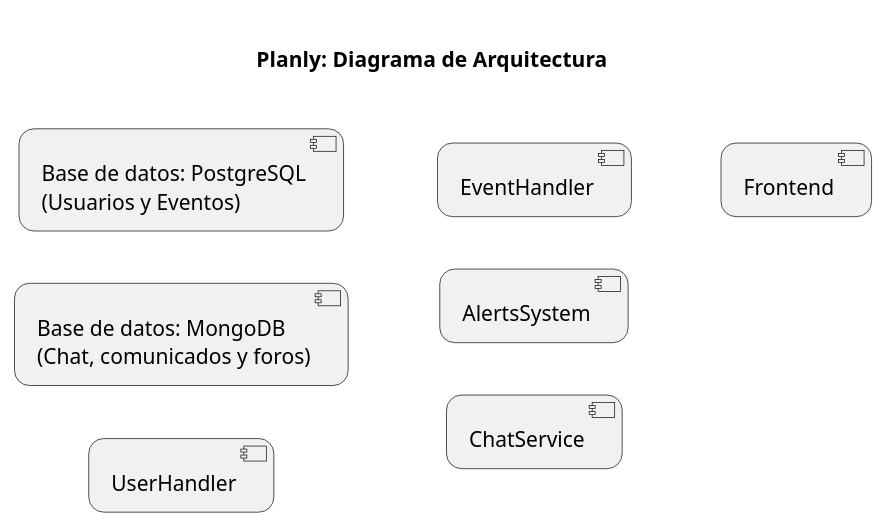
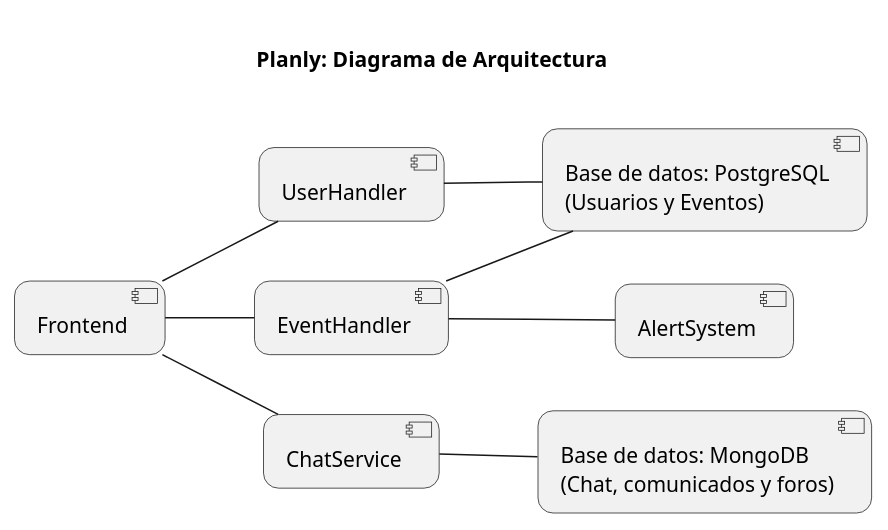
One commit to MrDahaniel/Planly changed the diagram in Planning and Design/ArchitecturalDiagram.plantuml. Above: the diagram before and after it, drawn with PlantUML.

Commit message:
Updated proposed architecture

```diff
--- a/Planning and Design/ArchitecturalDiagram.plantuml
+++ b/Planning and Design/ArchitecturalDiagram.plantuml
@@ -1,25 +1,35 @@
 @startuml ArchitecturalDiagram
 
     title \n Planly: Diagrama de Arquitectura \n
 
     left to right direction
     skinparam monochrome true
     skinparam roundcorner 20
 
     ' Services definition
 
         ' Database Services
         [Base de datos: PostgreSQL\n(Usuarios y Eventos)] as P_SQL_DB
         [Base de datos: MongoDB\n(Chat, comunicados y foros)] as MONGO_DB
 
         ' Business and logic services
         [UserHandler] as UHMicro
         [EventHandler] as EHMicro
-        [AlertsSystem] as ALSys
+        [AlertSystem] as ALSys
         [ChatService] as ChatServ
         [Frontend] as Front
 
         
+        Front -- UHMicro
+        Front -- EHMicro
+        Front -- ChatServ
+
+        EHMicro -- P_SQL_DB
+        UHMicro -- P_SQL_DB
+
+        ChatServ -- MONGO_DB
+
+        EHMicro -- ALSys
 
 
 @enduml
```
